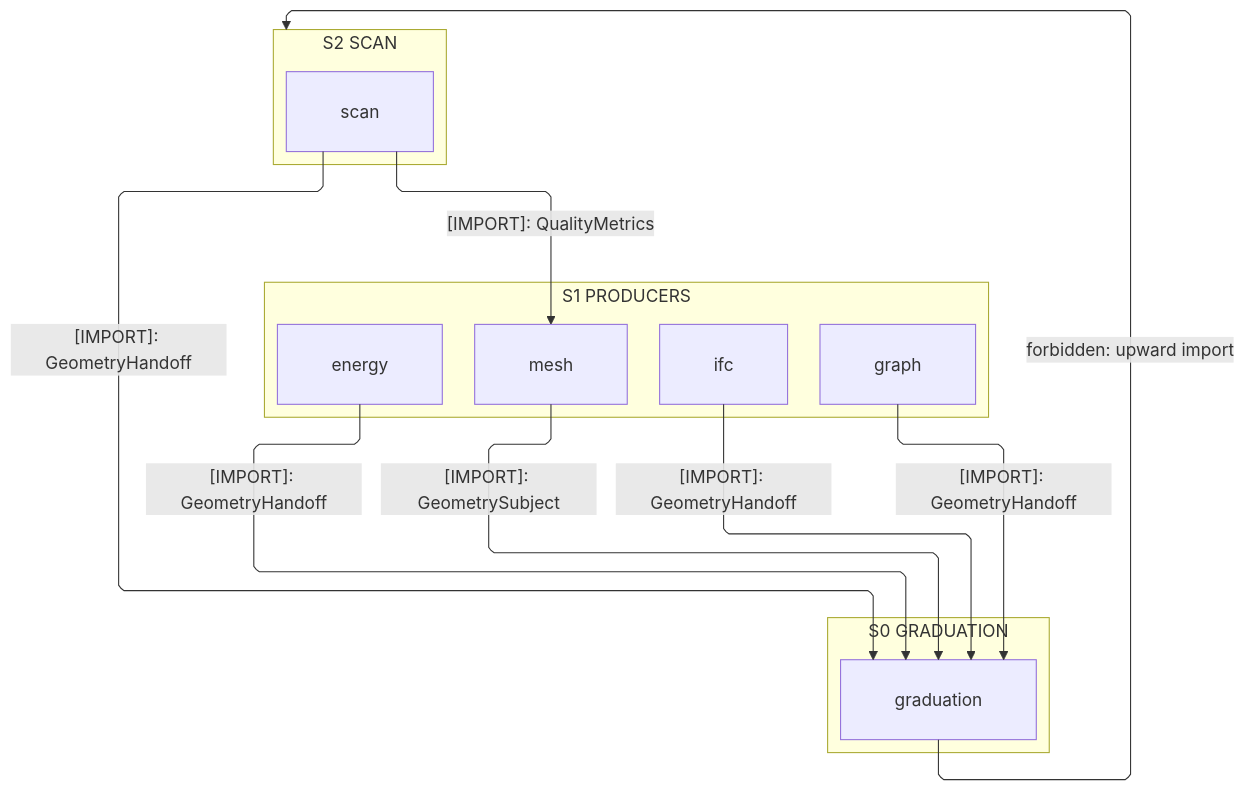
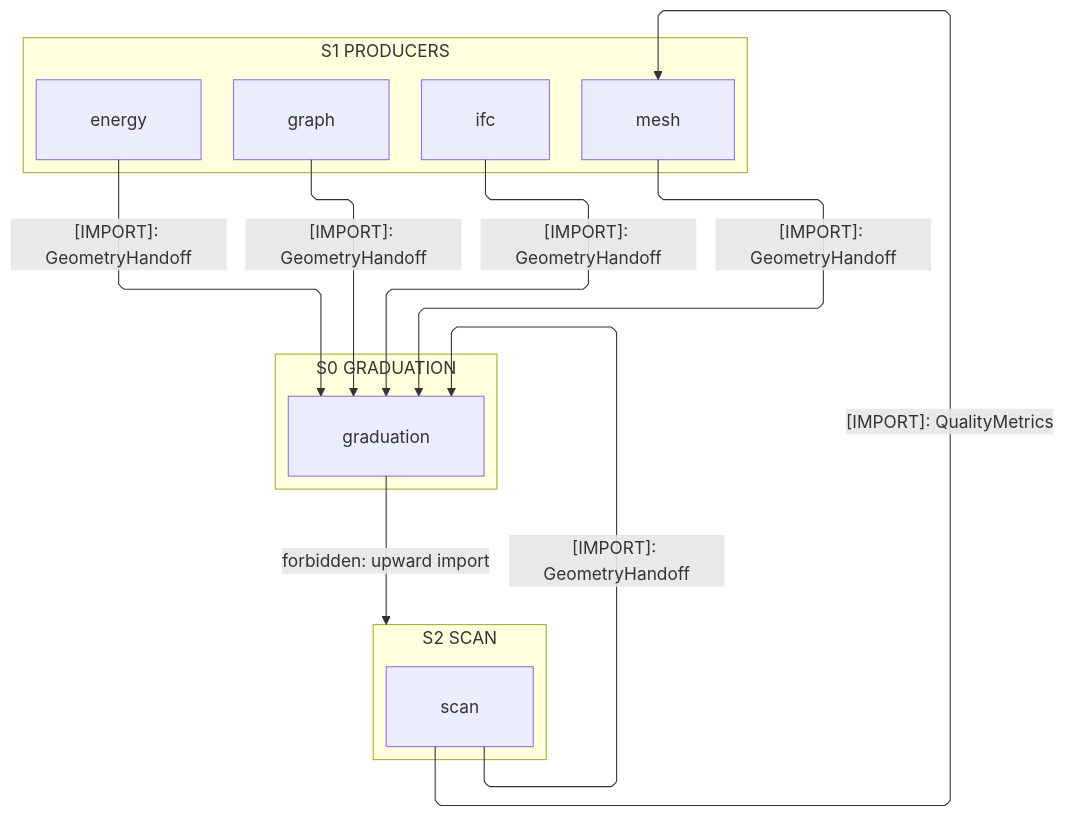
One commit to bsamiee/Rasm changed the first of 4 diagrams in libs/python/geometry/ARCHITECTURE.md. Above: the diagram before and after it, drawn with Mermaid. The commit also changed other lines of this file and 115 other files, not shown here.

````diff
--- a/libs/python/geometry/ARCHITECTURE.md
+++ b/libs/python/geometry/ARCHITECTURE.md
@@ -45,32 +45,31 @@
 ```mermaid
 ---
 config:
   layout: elk
   flowchart:
     curve: linear
     padding: 25
 ---
 flowchart TB
     accTitle: Geometry interior import strata
-    accDescr: Three import strata from scan down to the graduation foundation; each labeled edge names one sourced type.
-    subgraph G2["S2 SCAN"]
+    accDescr: Import strata from scan down to the graduation foundation, each labeled edge naming one sourced type.
+    subgraph S2["S2 SCAN"]
         Scan[scan]
     end
-    subgraph G1["S1 PRODUCERS"]
+    subgraph S1["S1 PRODUCERS"]
         Mesh[mesh]
         Ifc[ifc]
         Graph[graph]
         Energy[energy]
     end
-    subgraph G0["S0 GRADUATION"]
+    subgraph S0["S0 GRADUATION"]
         Graduation[graduation]
     end
-    Scan s1@-->|"[IMPORT]: QualityMetrics"| Mesh
-    Scan s2@-->|"[IMPORT]: GeometryHandoff"| Graduation
-    Mesh s3@-->|"[IMPORT]: GeometrySubject"| Graduation
-    Ifc s4@-->|"[IMPORT]: GeometryHandoff"| Graduation
-    Graph s5@-->|"[IMPORT]: GeometryHandoff"| Graduation
-    Energy s6@-->|"[IMPORT]: GeometryHandoff"| Graduation
-    Scan ~~~ Energy
-    Graduation f1@-->|"forbidden: upward import"| G2
+    Scan e1@-->|"[IMPORT]: QualityMetrics"| Mesh
+    Scan e2@-->|"[IMPORT]: GeometryHandoff"| Graduation
+    Mesh e3@-->|"[IMPORT]: GeometryHandoff"| Graduation
+    Ifc e4@-->|"[IMPORT]: GeometryHandoff"| Graduation
+    Graph e5@-->|"[IMPORT]: GeometryHandoff"| Graduation
+    Energy e6@-->|"[IMPORT]: GeometryHandoff"| Graduation
+    Graduation f1@-->|"forbidden: upward import"| S2
 ```
````
